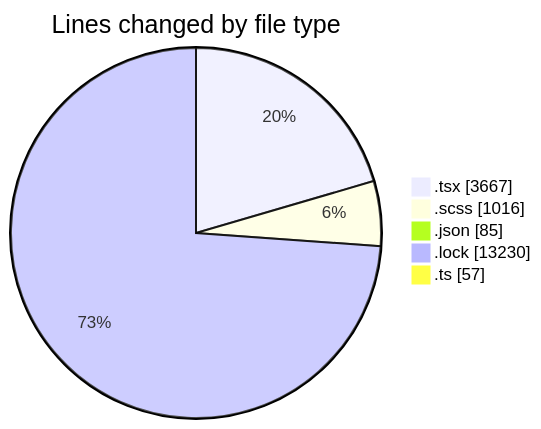
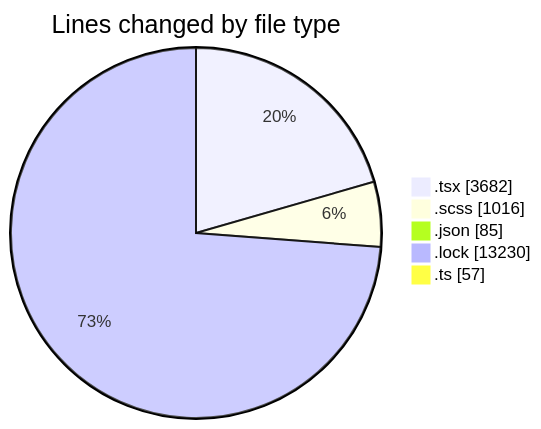
Before and after one commit to momahboobian/code-tracking: the first of 2 diagrams in 2025-10-03/cda/README.md, drawn with Mermaid. The commit also changed other lines of this file and 1 other file, not shown here.

````diff
--- a/2025-10-03/cda/README.md
+++ b/2025-10-03/cda/README.md
@@ -30,9 +30,9 @@
 ```mermaid
 pie showData
 title Lines changed by file type
-".tsx" : 3667
+".tsx" : 3682
 ".scss" : 1016
 ".json" : 85
 ".lock" : 13230
 ".ts" : 57
 ```
````
